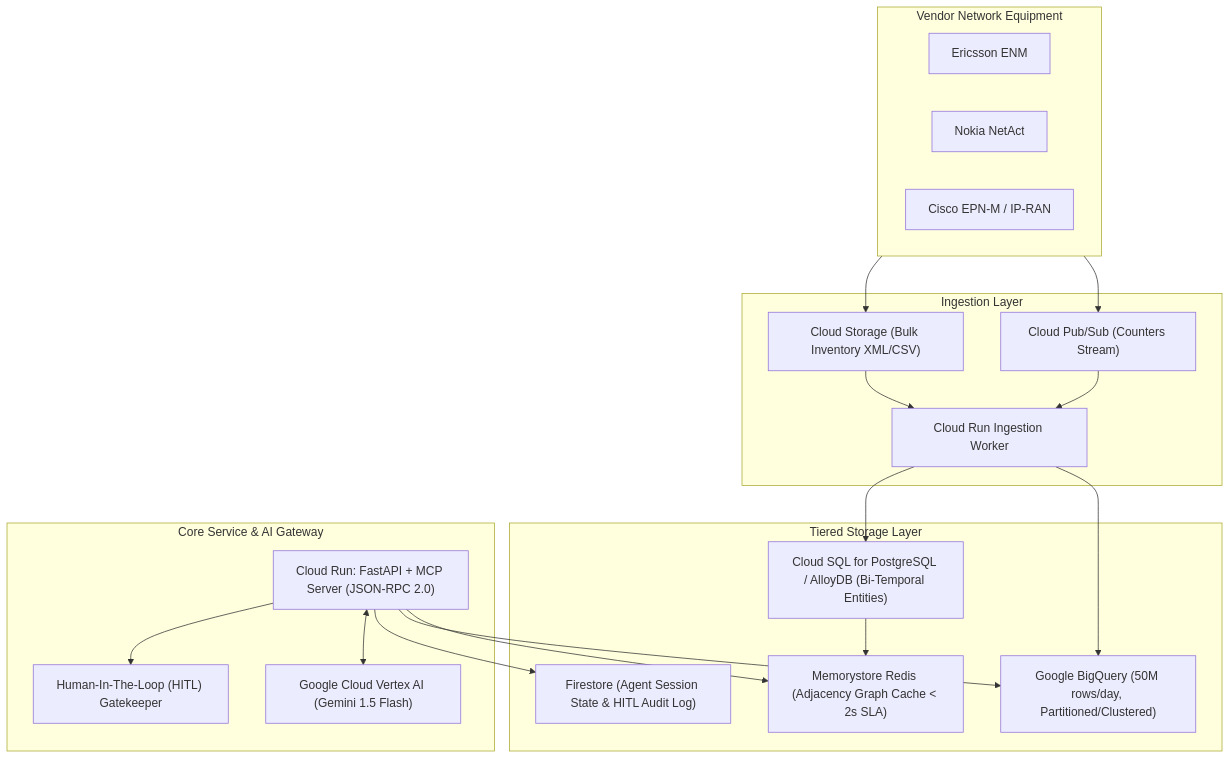
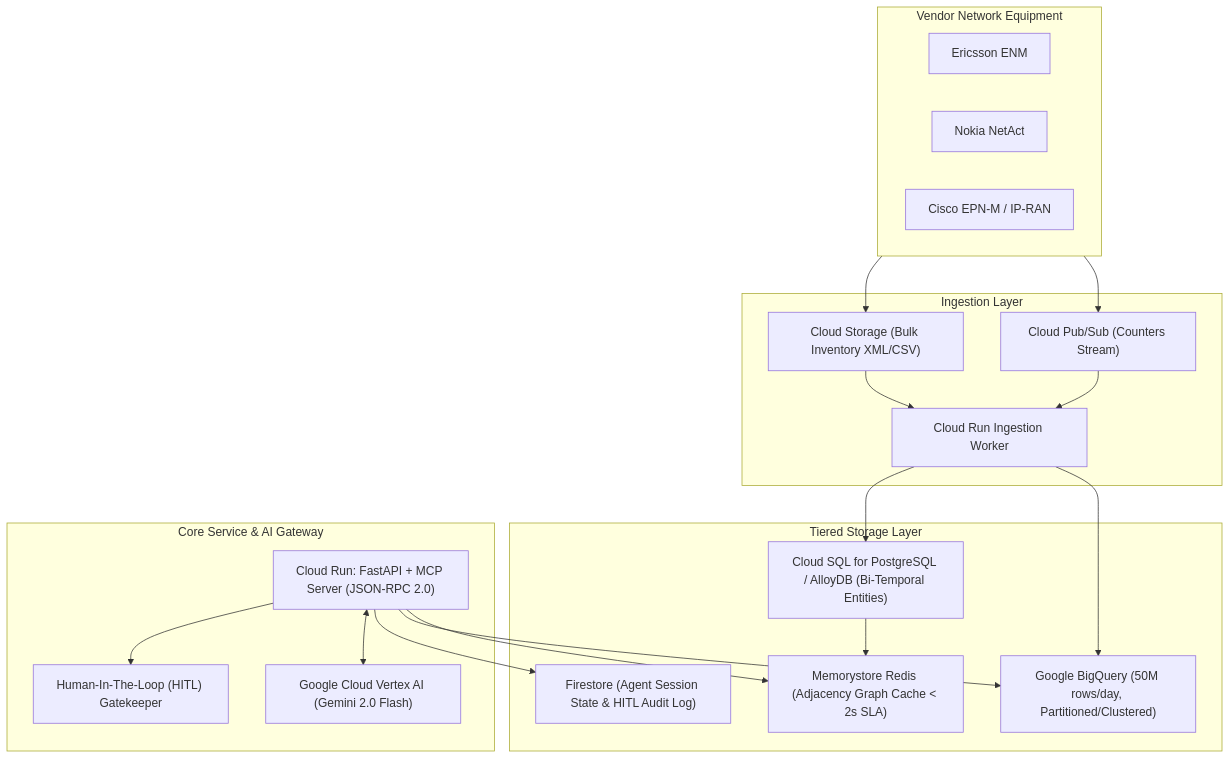
The diagram in README.md (Thanveerahamed-14/nw_intelligence), drawn with Mermaid before and after one commit. The commit also changed other lines of this file and 19 other files, not shown here.

Commit message:
feat: complete interactive role-based agent workspaces and update Gemini 2.0 Flash architecture

````diff
--- a/README.md
+++ b/README.md
@@ -70,36 +73,36 @@
 ```mermaid
 flowchart TD
     subgraph Sources["Vendor Network Equipment"]
         E["Ericsson ENM"]
         N["Nokia NetAct"]
         C["Cisco EPN-M / IP-RAN"]
     end
 
     subgraph Ingestion["Ingestion Layer"]
         PubSub["Cloud Pub/Sub (Counters Stream)"]
         GCS["Cloud Storage (Bulk Inventory XML/CSV)"]
         CR_Worker["Cloud Run Ingestion Worker"]
     end
 
     subgraph Storage["Tiered Storage Layer"]
         BQ["Google BigQuery (50M rows/day, Partitioned/Clustered)"]
         CloudSQL["Cloud SQL for PostgreSQL / AlloyDB (Bi-Temporal Entities)"]
         Redis["Memorystore Redis (Adjacency Graph Cache < 2s SLA)"]
         Firestore["Firestore (Agent Session State & HITL Audit Log)"]
     end
 
     subgraph Application["Core Service & AI Gateway"]
         API["Cloud Run: FastAPI + MCP Server (JSON-RPC 2.0)"]
-        Vertex["Google Cloud Vertex AI (Gemini 1.5 Flash)"]
+        Vertex["Google Cloud Vertex AI (Gemini 2.0 Flash)"]
         HITL["Human-In-The-Loop (HITL) Gatekeeper"]
     end
 
     Sources --> PubSub & GCS
     PubSub & GCS --> CR_Worker
     CR_Worker --> BQ & CloudSQL
     CloudSQL --> Redis
     
     API --> Redis & BQ & Firestore
     API <--> Vertex
     API --> HITL
 ```
````
